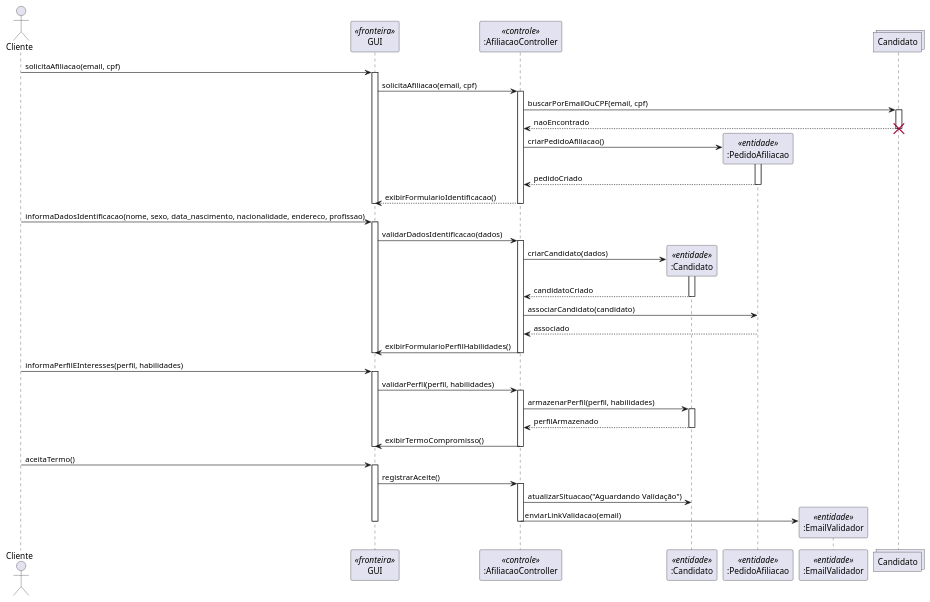
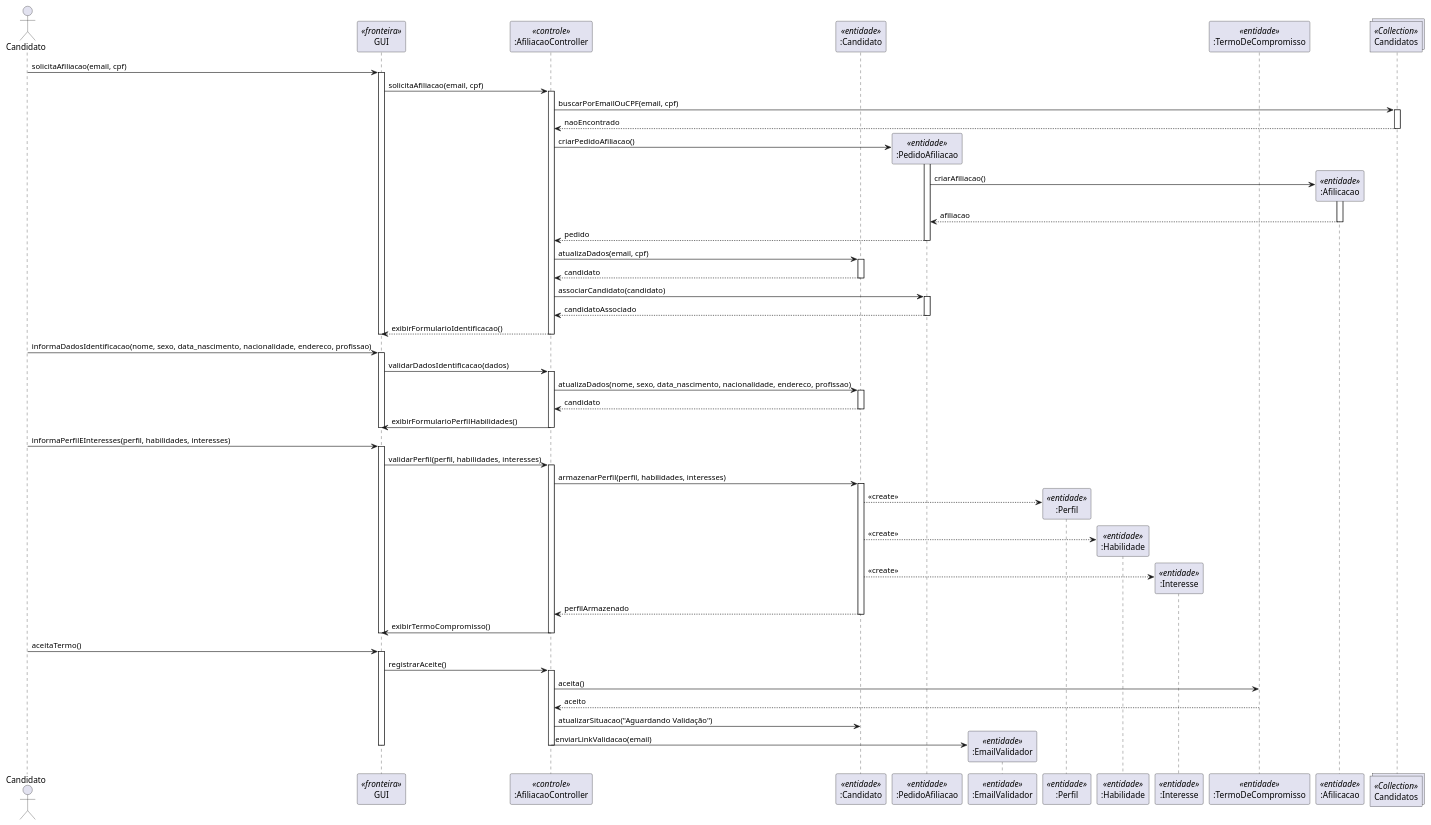
One commit to guisgiacomini/redeMaisSocialProjetoSoftware changed the diagram in diagrama-sequencia/uc002/fluxo-principal.puml. Above: the diagram before and after it, drawn with PlantUML.

Commit message:
uc02 puml

```diff
--- a/diagrama-sequencia/uc002/fluxo-principal.puml
+++ b/diagrama-sequencia/uc002/fluxo-principal.puml
@@ -1,74 +1,102 @@
 @startuml
-actor "Cliente" as ator
+actor "Candidato" as ator
 participant "GUI" as gui <<fronteira>>
 participant ":AfiliacaoController" as controller <<controle>>
 participant ":Candidato" as candidato <<entidade>>
 participant ":PedidoAfiliacao" as afiliacao <<entidade>>
 participant ":EmailValidador" as emailValidador <<entidade>>
-collections "Candidato" as collectionCandidato
+participant ":Perfil" as perfil <<entidade>>
+participant ":Habilidade" as habilidade <<entidade>>
+participant ":Interesse" as interesse <<entidade>>
+participant ":TermoDeCompromisso" as termo <<entidade>>
+participant ":Afilicacao" as afiliacaoent <<entidade>>
+
+collections "Candidatos" as collectionCandidato <<Collection>>
 
 
 ator -> gui: solicitaAfiliacao(email, cpf)
 activate gui
 gui -> controller: solicitaAfiliacao(email, cpf)
 activate controller
 
 controller -> collectionCandidato: buscarPorEmailOuCPF(email, cpf)
 activate collectionCandidato
 collectionCandidato --> controller: naoEncontrado
-destroy collectionCandidato
+deactivate collectionCandidato
 
 controller -> afiliacao **: criarPedidoAfiliacao()
 activate afiliacao
-afiliacao --> controller: pedidoCriado
+afiliacao -> afiliacaoent **: criarAfiliacao()
+activate afiliacaoent
+afiliacaoent --> afiliacao: afiliacao
+deactivate afiliacaoent
+afiliacao --> controller: pedido
 deactivate afiliacao
+controller -> candidato : atualizaDados(email, cpf)
+activate candidato
+candidato --> controller : candidato
+deactivate candidato
+
+controller -> afiliacao: associarCandidato(candidato)
+activate afiliacao
+afiliacao --> controller: candidatoAssociado
+deactivate afiliacao
+
+' activate candidato
+' candidato --> controller: candidatoCriado
+' deactivate candidato
 
 controller --> gui: exibirFormularioIdentificacao()
 deactivate controller
 deactivate gui
 
 ' --- Preenchimento e validação dos dados ---
 ator -> gui: informaDadosIdentificacao(nome, sexo, data_nascimento, nacionalidade, endereco, profissao)
 activate gui
 gui -> controller: validarDadosIdentificacao(dados)
 activate controller
 
-controller -> candidato **: criarCandidato(dados)
+controller -> candidato: atualizaDados(nome, sexo, data_nascimento, nacionalidade, endereco, profissao)
 activate candidato
-candidato --> controller: candidatoCriado
+candidato --> controller: candidato
 deactivate candidato
 
-controller -> afiliacao: associarCandidato(candidato)
-afiliacao --> controller: associado
 
 controller -> gui: exibirFormularioPerfilHabilidades()
 deactivate controller
 deactivate gui
 
 ' --- Preenchimento do perfil ---
-ator -> gui: informaPerfilEInteresses(perfil, habilidades)
+ator -> gui: informaPerfilEInteresses(perfil, habilidades, interesses)
 activate gui
-gui -> controller: validarPerfil(perfil, habilidades)
+gui -> controller: validarPerfil(perfil, habilidades, interesses)
 activate controller
 
-controller -> candidato: armazenarPerfil(perfil, habilidades)
+controller -> candidato: armazenarPerfil(perfil, habilidades, interesses)
 activate candidato
+candidato --> perfil ** : <<create>>
+candidato --> habilidade **: <<create>>
+candidato --> interesse **: <<create>>
+
+
 candidato --> controller: perfilArmazenado
 deactivate candidato
 
 controller -> gui: exibirTermoCompromisso()
 deactivate controller
 deactivate gui
 
 ' --- Aceite do termo ---
 ator -> gui: aceitaTermo()
 activate gui
 gui -> controller: registrarAceite()
 activate controller
+controller -> termo: aceita()
+termo --> controller: aceito
 
 controller -> candidato: atualizarSituacao("Aguardando Validação")
 controller -> emailValidador **: enviarLinkValidacao(email)
 deactivate controller
 deactivate gui
 
 @enduml
```
